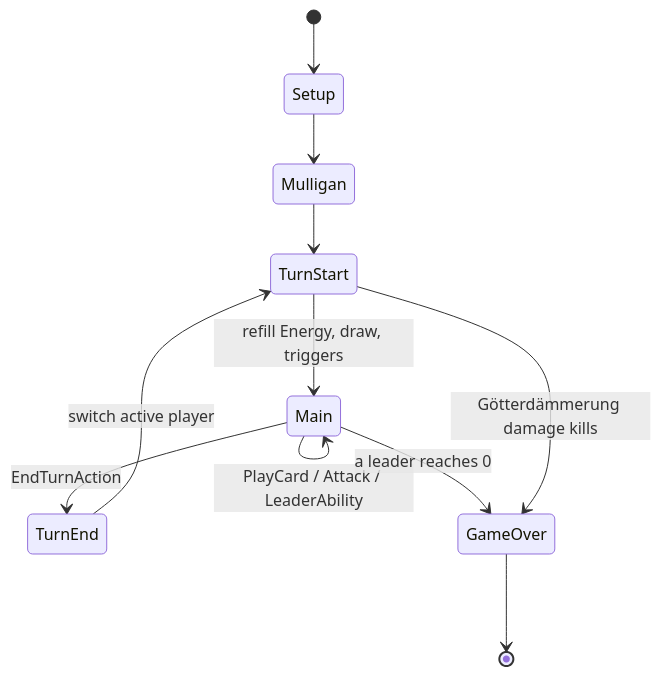
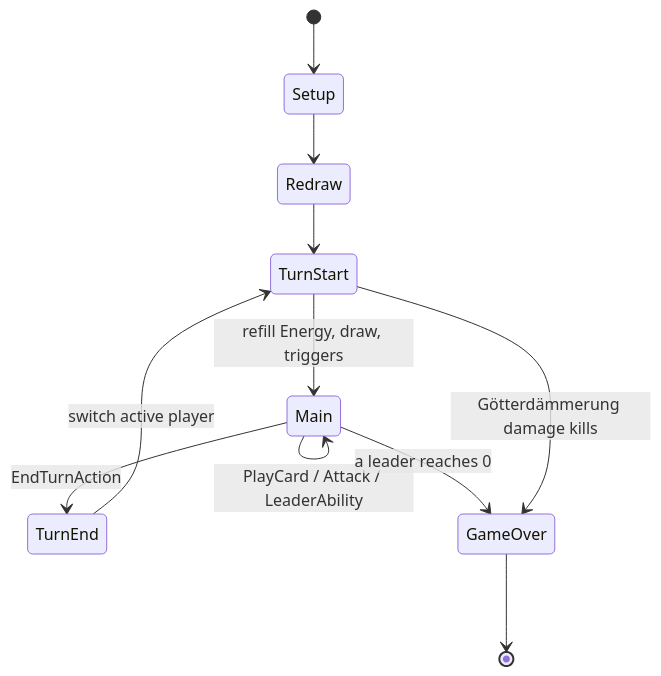
Before and after one commit to TuntematonSotilas/nothung: the diagram in docs/technical/04-game-engine.md, drawn with Mermaid. The commit also changed other lines of this file and 45 other files, not shown here.

````diff
--- a/docs/technical/04-game-engine.md
+++ b/docs/technical/04-game-engine.md
@@ -36,13 +43,13 @@
 ```mermaid
 stateDiagram-v2
     [*] --> Setup
-    Setup --> Mulligan
-    Mulligan --> TurnStart
+    Setup --> Redraw
+    Redraw --> TurnStart
     TurnStart --> Main: refill Energy, draw, triggers
     Main --> Main: PlayCard / Attack / LeaderAbility
     Main --> TurnEnd: EndTurnAction
     TurnEnd --> TurnStart: switch active player
     Main --> GameOver: a leader reaches 0
     TurnStart --> GameOver: Götterdämmerung damage kills
     GameOver --> [*]
 ```
````
